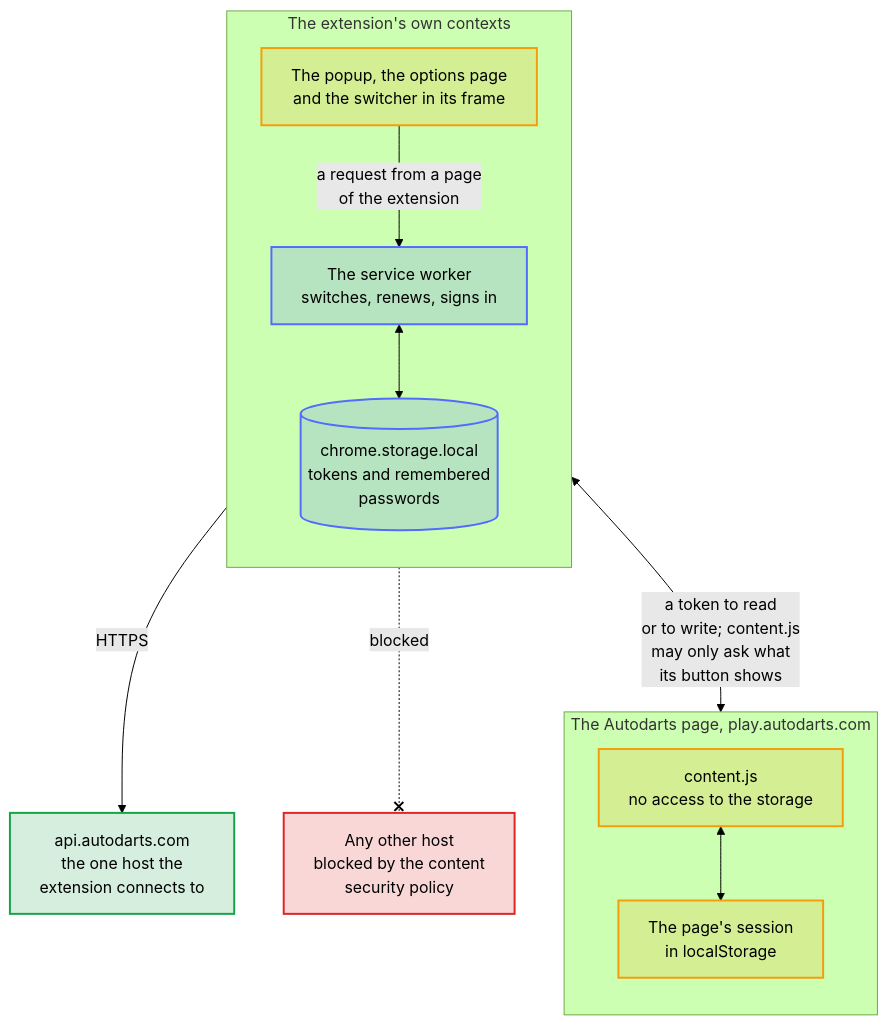
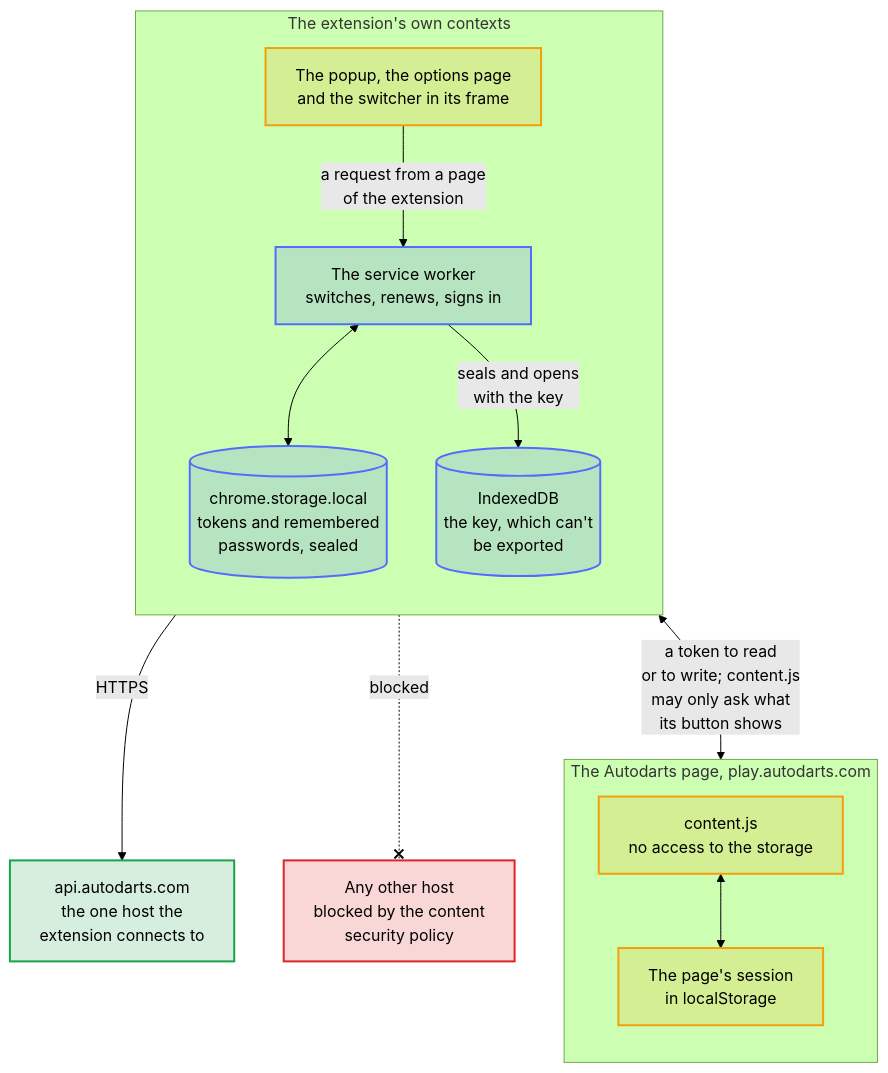
One commit to Dennis-Otto/player-switch-for-autodarts changed the diagram in docs/diagrams/who-reaches-the-accounts.mmd. Above: the diagram before and after it, drawn with Mermaid (forest theme). The commit also changed 35 other files, not shown here.

First line of the commit message:
feat(security): encrypt the stored sessions and passwords with a key that never leaves the browser (#68)

```diff
--- a/docs/diagrams/who-reaches-the-accounts.mmd
+++ b/docs/diagrams/who-reaches-the-accounts.mmd
@@ -1,38 +1,40 @@
 ---
 config:
   flowchart:
     wrappingWidth: 400
 ---
 flowchart TB
     accTitle: Who reaches the saved accounts
-    accDescr: The saved accounts, with their tokens and remembered passwords, sit in chrome.storage.local, which only the extension's own contexts can read, the service worker and its pages: the popup, the options page and the switcher in its frame. content.js runs inside the Autodarts page and can't read the storage. It may ask the service worker only what its button shows, takes requests only from this extension and writes into the page's session only a token. The service worker takes a request to see or change the accounts only from a page of this extension. Its content security policy lets it connect to api.autodarts.com alone, and the browser blocks any other host.
+    accDescr: The saved accounts sit in chrome.storage.local, which only the extension's own contexts can read, the service worker and its pages: the popup, the options page and the switcher in its frame. Their tokens and remembered passwords are sealed there with AES-GCM; the key can't be exported and sits in the IndexedDB of the extension, which only the service worker uses. content.js runs inside the Autodarts page and can't read the storage. It may ask the service worker only what its button shows, takes requests only from this extension and writes into the page's session only a token. The service worker takes a request to see or change the accounts only from a page of this extension. Its content security policy lets it connect to api.autodarts.com alone, and the browser blocks any other host.
 
     subgraph extension ["The extension's own contexts"]
         direction TB
         ui["The popup, the options page<br>and the switcher in its frame"]
         worker["The service worker<br>switches, renews, signs in"]
-        storage[("chrome.storage.local<br>tokens and remembered<br>passwords")]
+        storage[("chrome.storage.local<br>tokens and remembered<br>passwords, sealed")]
+        key[("IndexedDB<br>the key, which can't<br>be exported")]
         ui -- "a request from a page<br>of the extension" --> worker
         worker <--> storage
+        worker -- "seals and opens<br>with the key" --> key
     end
     subgraph page ["The Autodarts page, play.autodarts.com"]
         direction TB
         content["content.js<br>no access to the storage"]
         session["The page's session<br>in localStorage"]
         content <--> session
     end
     api["api.autodarts.com<br>the one host the<br>extension connects to"]
     other["Any other host<br>blocked by the content<br>security policy"]
 
     worker <-- "a token to read<br>or to write; content.js<br>may only ask what<br>its button shows" --> content
     worker -- "HTTPS" --> api
     worker -. "blocked" .-x other
 
     classDef bot fill:#526cfe2e,stroke:#526cfe,stroke-width:2px
     classDef done fill:#16a34a2e,stroke:#16a34a,stroke-width:2px
     classDef person fill:#f59e0b2e,stroke:#f59e0b,stroke-width:2px
     classDef failed fill:#dc26262e,stroke:#dc2626,stroke-width:2px
     class ui,content,session person
-    class worker,storage bot
+    class worker,storage,key bot
     class api done
     class other failed
```
